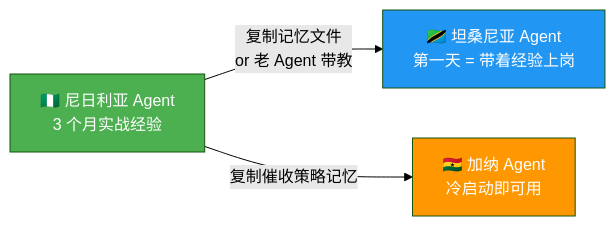
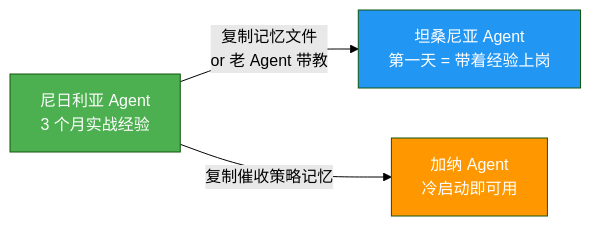
One commit to CodePothunter/lingque changed the first of 11 diagrams in docs/VC_TENGEN_AI.md. Above: the diagram before and after it, drawn with Mermaid (forest theme). The commit also changed other lines of this file, not shown here.

Commit message:
📝【文档】：移除所有 mermaid 图表中的 emoji 以修复 GitHub 渲染问题

````diff
--- a/docs/VC_TENGEN_AI.md
+++ b/docs/VC_TENGEN_AI.md
@@ -91,9 +91,9 @@
 ```mermaid
 flowchart LR
-    A["🇳🇬 尼日利亚 Agent<br/>3 个月实战经验"] -->|"复制记忆文件<br/>or 老 Agent 带教"| B["🇹🇿 坦桑尼亚 Agent<br/>第一天 = 带着经验上岗"]
-    A -->|"复制催收策略记忆"| C["🇬🇭 加纳 Agent<br/>冷启动即可用"]
+    A["尼日利亚 Agent<br/>3 个月实战经验"] -->|"复制记忆文件<br/>or 老 Agent 带教"| B["坦桑尼亚 Agent<br/>第一天 = 带着经验上岗"]
+    A -->|"复制催收策略记忆"| C["加纳 Agent<br/>冷启动即可用"]
 
     style A fill:#4CAF50,color:#fff
     style B fill:#2196F3,color:#fff
     style C fill:#FF9800,color:#fff
 ```
````
